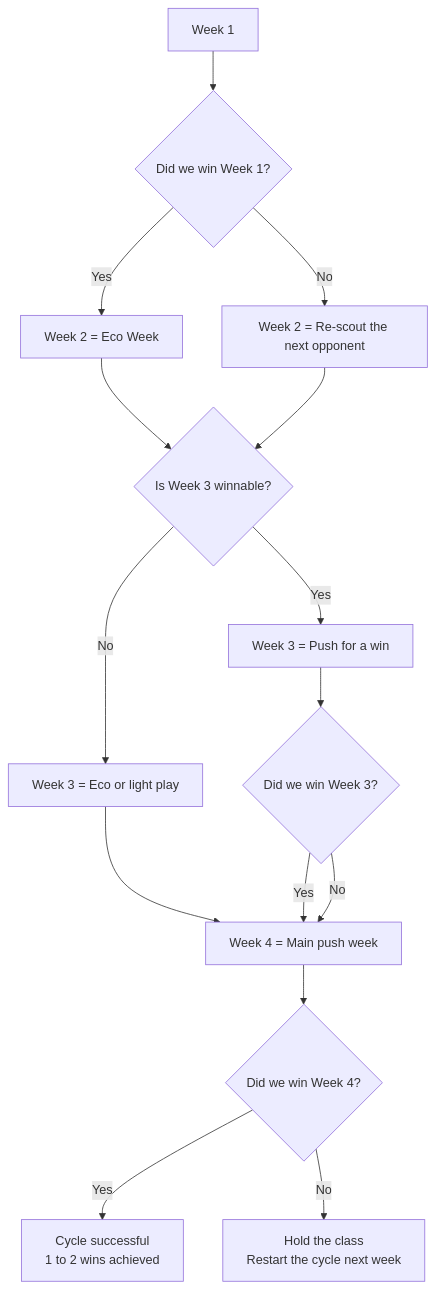
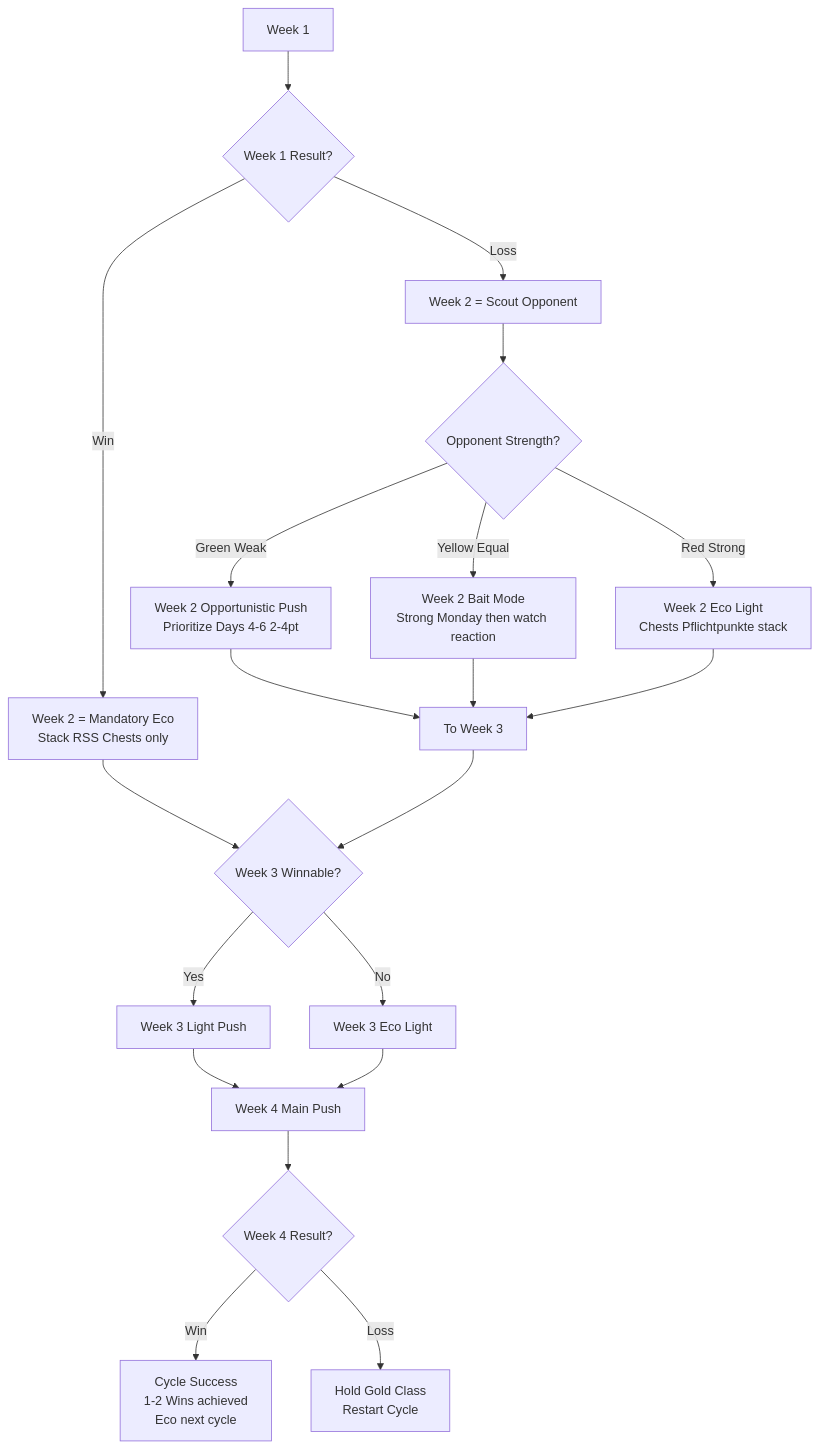
Before and after one commit to aehndi/Bar1-docs: the second of 2 diagrams in docs/vs-decision-tree.md, drawn with Mermaid.

Commit message:
Update decision tree content

````diff
--- a/docs/vs-decision-tree.md
+++ b/docs/vs-decision-tree.md
@@ -39,21 +39,27 @@
 ```mermaid
 flowchart TD
-    A[Week 1] --> B{Did we win Week 1?}
-        B -->|Yes| C[Week 2 = Eco Week]
-            B -->|No| D[Week 2 = Re-scout the next opponent]
+    A[Week 1] --> B{Week 1 Result?}
+    B -->|Win| C[Week 2 = Mandatory Eco<br/>Stack RSS Chests only]
+    B -->|Loss| D[Week 2 = Scout Opponent]
 
-                C --> E{Is Week 3 winnable?}
-                    D --> E
+    D --> E{Opponent Strength?}
+    E -->|Green Weak| F[Week 2 Opportunistic Push<br/>Prioritize Days 4-6 2-4pt]
+    E -->|Yellow Equal| G[Week 2 Bait Mode<br/>Strong Monday then watch reaction]
+    E -->|Red Strong| H[Week 2 Eco Light<br/>Chests Pflichtpunkte stack]
 
-                        E -->|Yes| F[Week 3 = Push for a win]
-                            E -->|No| G[Week 3 = Eco or light play]
+    F --> I[To Week 3]
+    G --> I
+    H --> I
+    C --> J{Week 3 Winnable?}
+    I --> J
 
-                                F --> H{Did we win Week 3?}
-                                    G --> I[Week 4 = Main push week]
-                                        H -->|Yes| I
-                                            H -->|No| I
+    J -->|Yes| K[Week 3 Light Push]
+    J -->|No| L[Week 3 Eco Light]
 
-                                                I --> J{Did we win Week 4?}
-                                                    J -->|Yes| K[Cycle successful<br>1 to 2 wins achieved]
-                                                        J -->|No| L[Hold the class<br>Restart the cycle next week]
+    K --> M[Week 4 Main Push]
+    L --> M
+
+    M --> N{Week 4 Result?}
+    N -->|Win| O[Cycle Success<br/>1-2 Wins achieved<br/>Eco next cycle]
+    N -->|Loss| P[Hold Gold Class<br/>Restart Cycle]
 ```
````
